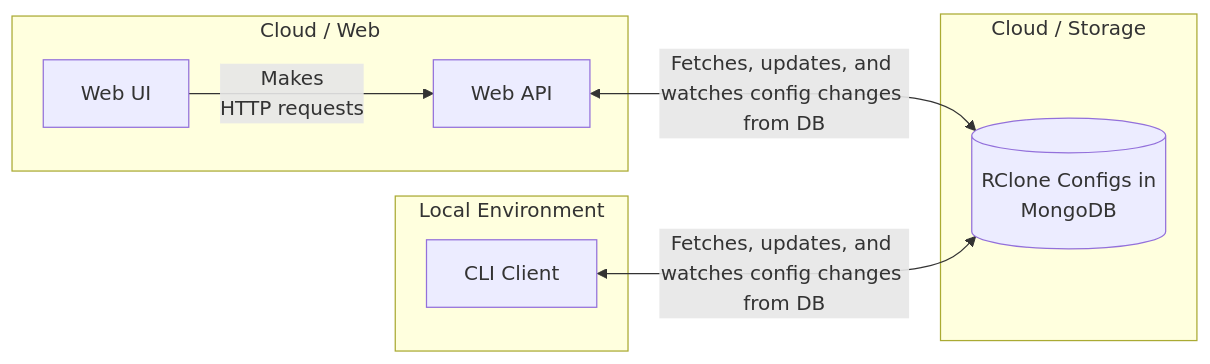
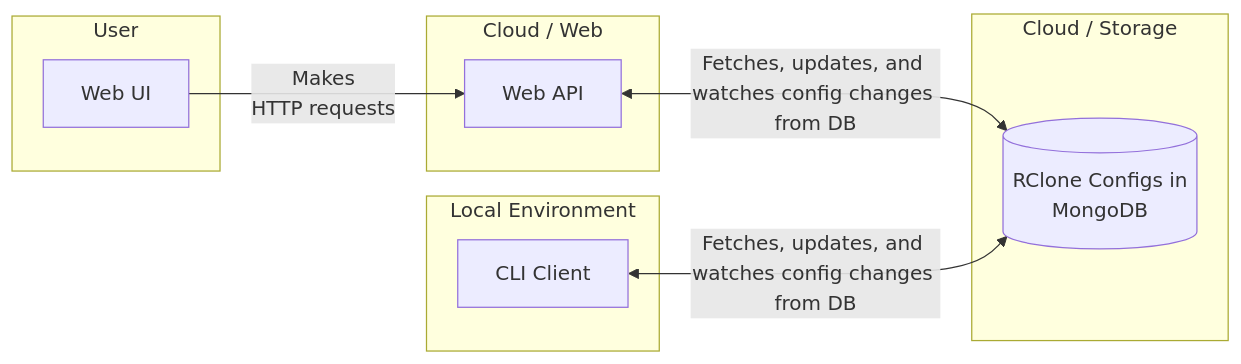
One commit to EKarton/RClone-on-Cloud changed the diagram in README.md. Above: the diagram before and after it, drawn with Mermaid.

````diff
--- a/README.md
+++ b/README.md
@@ -21,21 +21,24 @@
 ```mermaid
 graph LR
     subgraph "Local Environment"
         CLI[CLI Client]
     end
 
     subgraph "Cloud / Storage"
         MongoDB[(RClone Configs in\nMongoDB)]
     end
 
     subgraph "Cloud / Web"
+        WebAPI[Web API]
+    end
+
+    subgraph "User"
         WebUI[Web UI]
-        WebAPI[Web API]
     end
 
     WebUI -->|"Makes \nHTTP requests"| WebAPI
 
     WebAPI <-->|"Fetches, updates, and watches config changes from DB"| MongoDB
 
     CLI <-->|"Fetches, updates, and watches config changes from DB"| MongoDB
 ```
````
